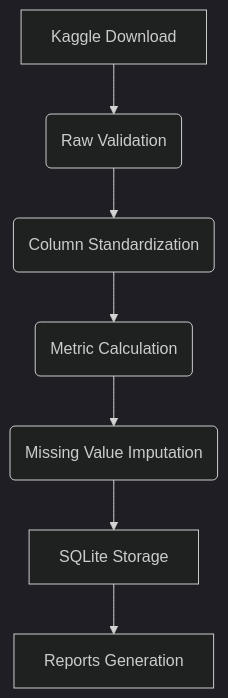
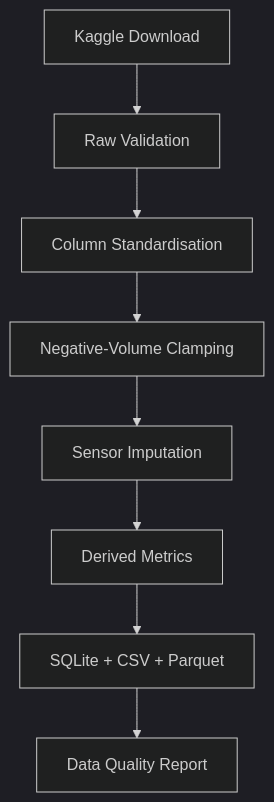
The diagram in README.md (Numba1ne/petroleum-data-ai), drawn with Mermaid (dark theme) before and after one commit. The commit also changed other lines of this file and 8 other files, not shown here.

````diff
--- a/README.md
+++ b/README.md
@@ -3,9 +5,10 @@
 ```mermaid
 graph TD
-    A[Kaggle Download] --> B(Raw Validation)
-    B --> C(Column Standardization)
-    C --> D(Metric Calculation)
-    D --> E(Missing Value Imputation)
-    E --> F[SQLite Storage]
-    F --> G[Reports Generation]
+    A[Kaggle Download] --> B[Raw Validation]
+    B --> C[Column Standardisation]
+    C --> D[Negative-Volume Clamping]
+    D --> E[Sensor Imputation]
+    E --> F[Derived Metrics]
+    F --> G[SQLite + CSV + Parquet]
+    G --> H[Data Quality Report]
 ```
````
